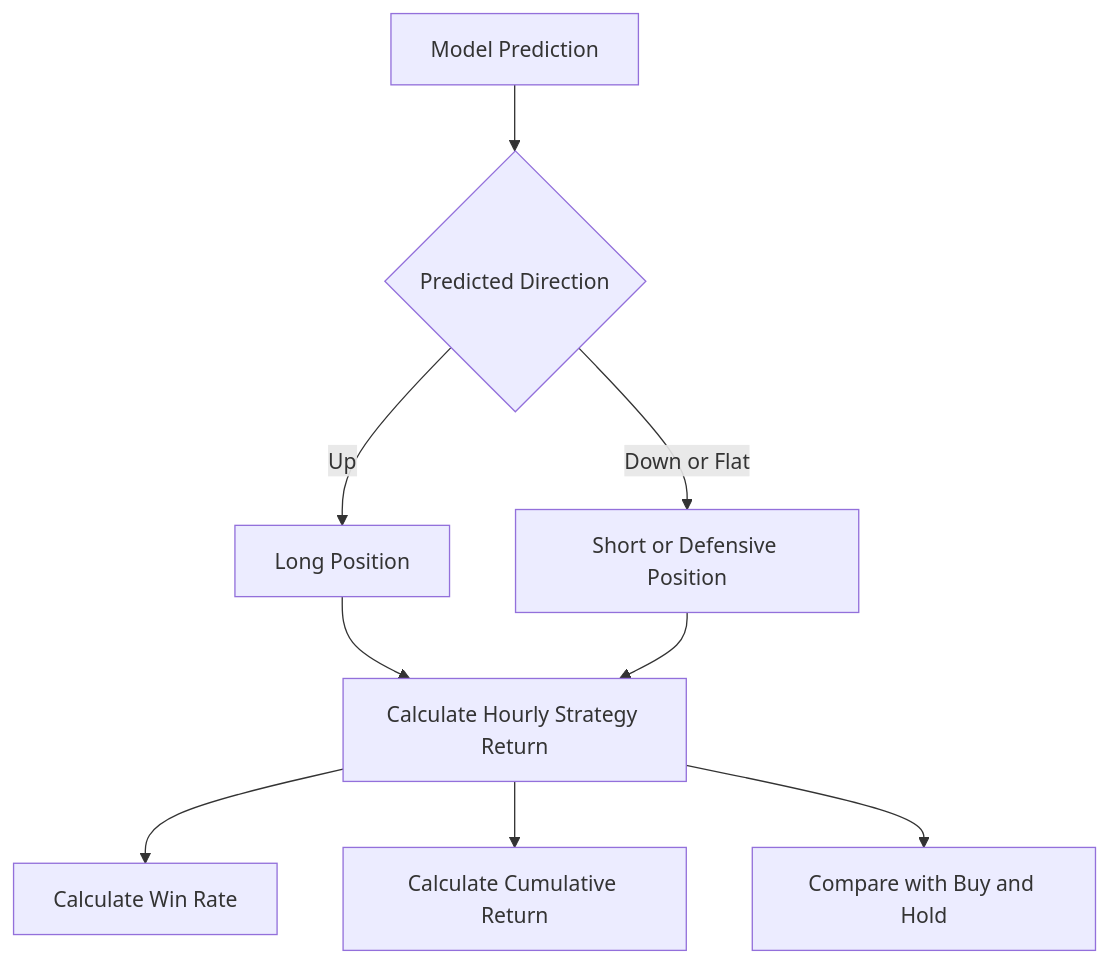
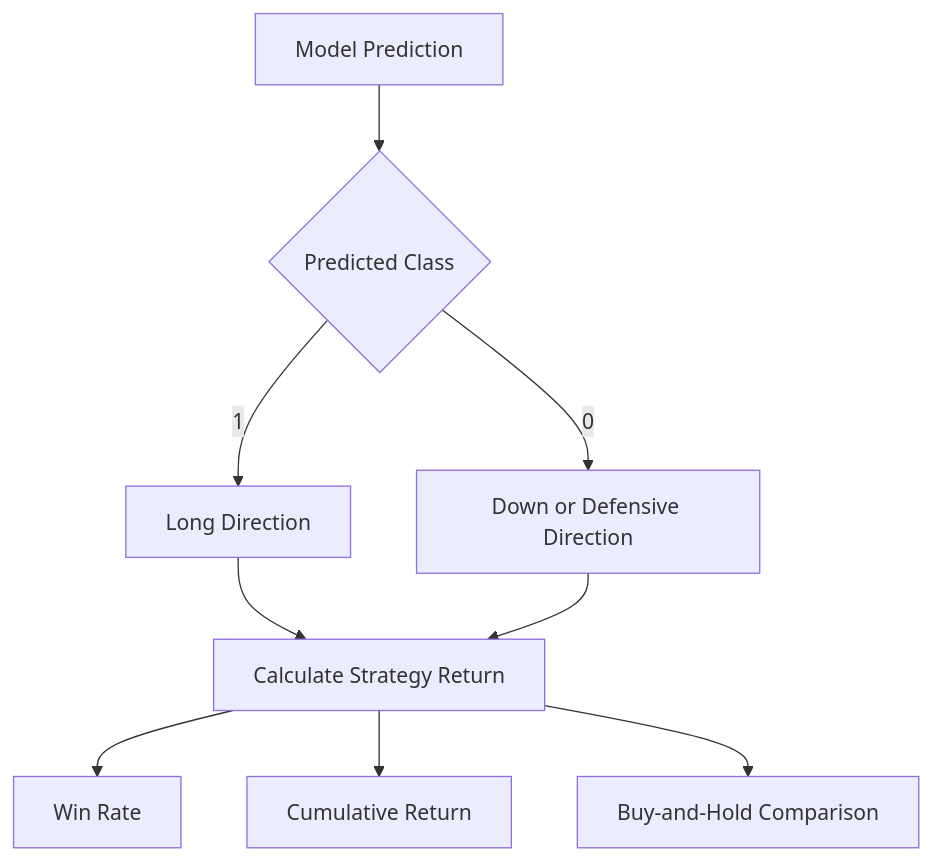
Before and after one commit to chauhanmuskan291980-wq/gold-price-direction-predictor: the ninth of 15 diagrams in docs/architecture.md, drawn with Mermaid. The commit also changed other lines of this file and 2 other files, not shown here.

Commit message:
docs: align documentation with three-model architecture and updated API

````diff
--- a/docs/architecture.md
+++ b/docs/architecture.md
@@ -552,14 +514,11 @@
 ```mermaid
 flowchart TD
-    A[Model Prediction] --> B{Predicted Direction}
-
-    B -- Up --> C[Long Position]
-    B -- Down or Flat --> D[Short or Defensive Position]
-
-    C --> E[Calculate Hourly Strategy Return]
+    A[Model Prediction] --> B{Predicted Class}
+    B -- 1 --> C[Long Direction]
+    B -- 0 --> D[Down or Defensive Direction]
+    C --> E[Calculate Strategy Return]
     D --> E
-
-    E --> F[Calculate Win Rate]
-    E --> G[Calculate Cumulative Return]
-    E --> H[Compare with Buy and Hold]
+    E --> F[Win Rate]
+    E --> G[Cumulative Return]
+    E --> H[Buy-and-Hold Comparison]
 ```
````
